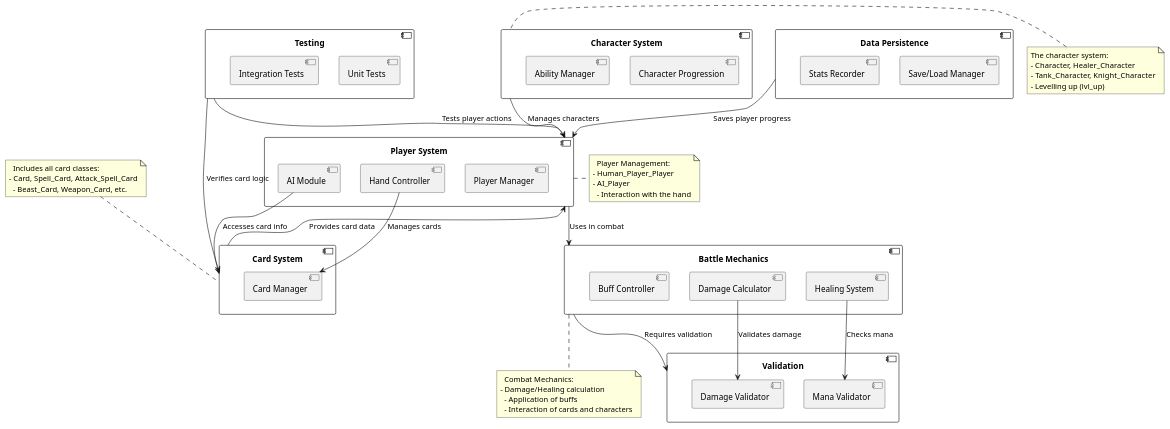
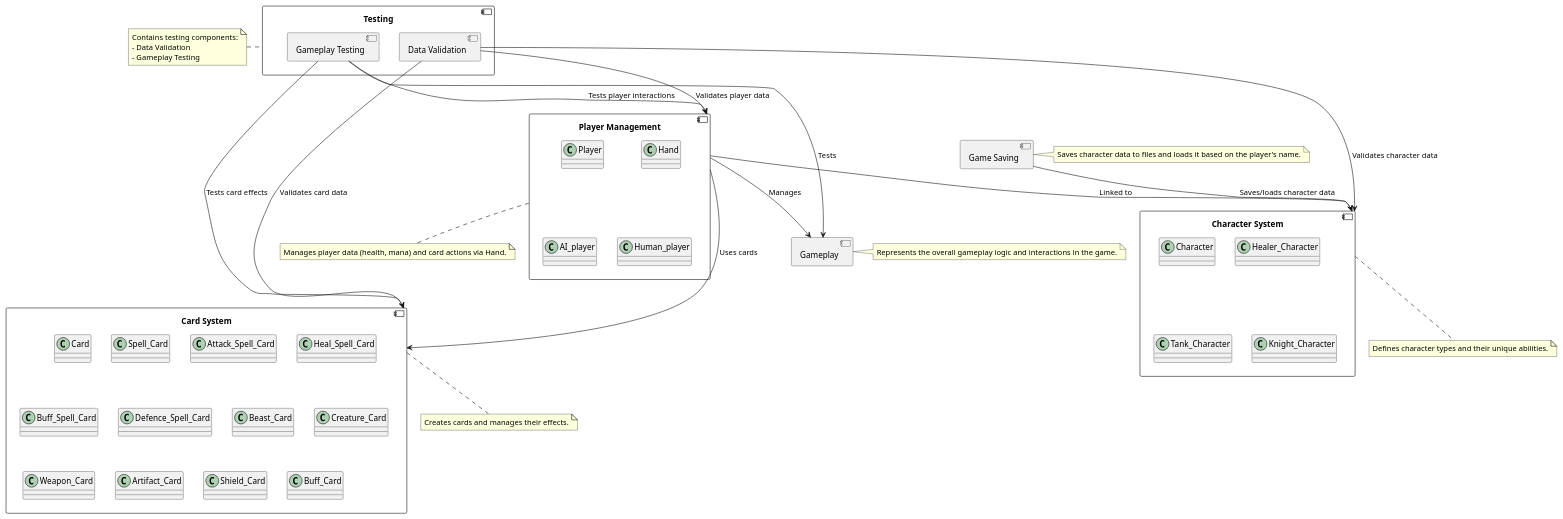
One commit to MNelubin/Lab-work-2 changed the diagram in architecture/Component_Diagram.puml. Above: the diagram before and after it, drawn with PlantUML. The commit also changed 676 other files, not shown here.

```diff
--- a/architecture/Component_Diagram.puml
+++ b/architecture/Component_Diagram.puml
@@ -1,90 +1,84 @@
 @startuml
+allowmixing
 
 
-'#############################################
-' Main components
-'#############################################
-
-component "Card System" as cards {
-    [Card Manager] as card_mgr
+' Define components
+component "Player Management" as PM {
+  class Player
+  class Hand
+  class AI_player
+  class Human_player
 }
 
-component "Player System" as players {
-    [Player Manager] as player_mgr
-    [AI Module] as ai_mod
-    [Hand Controller] as hand_ctrl
+component "Character System" as CS {
+  class Character
+  class Healer_Character
+  class Tank_Character
+  class Knight_Character
 }
 
-component "Character System" as chars {
-    [Character Progression] as char_prog
-    [Ability Manager] as ability_mgr
+component "Card System" as CardSys {
+  class Card
+  class Spell_Card
+  class Attack_Spell_Card
+  class Heal_Spell_Card
+  class Buff_Spell_Card
+  class Defence_Spell_Card
+  class Beast_Card
+  class Creature_Card
+  class Weapon_Card
+  class Artifact_Card
+  class Shield_Card
+  class Buff_Card
 }
 
-component "Battle Mechanics" as battle {
-    [Damage Calculator] as dmg_calc
-    [Healing System] as heal_sys
-    [Buff Controller] as buff_ctrl
+component "Testing" as Test {
+  component "Data Validation" as DataVal
+  component "Gameplay Testing" as GameplayTest
 }
 
-component "Validation" as valid {
-    [Mana Validator] as mana_val
-    [Damage Validator] as dmg_val
+component "Gameplay" as GP {
 }
 
-component "Data Persistence" as persist {
-    [Save/Load Manager] as save_mgr
-    [Stats Recorder] as stats_rec
+component "Game Saving" as Save {
 }
 
-component "Testing" as test {
-    [Unit Tests] as unit_tests
-    [Integration Tests] as int_tests
-}
+' Define relationships
+PM --> GP : Manages
+PM --> CardSys : Uses cards
+PM --> CS : Linked to
+DataVal --> PM : Validates player data
+DataVal --> CS : Validates character data
+DataVal --> CardSys : Validates card data
+GameplayTest --> GP : Tests
+GameplayTest --> PM : Tests player interactions
+GameplayTest --> CardSys : Tests card effects
+Save --> CS : Saves/loads character data
 
-'#############################################
-' Component links
-'#############################################
-
-cards --> players : Provides card data
-players --> battle : Uses in combat
-chars --> players : Manages characters
-battle --> valid : Requires validation
-test --> cards : Verifies card logic
-test --> players : Tests player actions
-persist --> players : Saves player progress
-ai_mod --> cards : Accesses card info
-hand_ctrl --> card_mgr : Manages cards
-dmg_calc --> dmg_val : Validates damage
-heal_sys --> mana_val : Checks mana
-
-'#############################################
-' Explanations
-'#############################################
-
-note top of cards
-  Includes all card classes:
-- Card, Spell_Card, Attack_Spell_Card
-  - Beast_Card, Weapon_Card, etc.
+' Add notes
+note bottom of PM
+Manages player data (health, mana) and card actions via Hand.
 end note
 
-note right of players
-  Player Management:
-- Human_Player_Player
-- AI_Player
-  - Interaction with the hand
+note bottom of CS
+Defines character types and their unique abilities.
 end note
 
-note left of chars
-  The character system:
-  - Character, Healer_Character
-  - Tank_Character, Knight_Character
-  - Levelling up (lvl_up)
+note bottom of CardSys
+Creates cards and manages their effects.
 end note
 
-note bottom of battle
-  Combat Mechanics:
-- Damage/Healing calculation
-  - Application of buffs
-  - Interaction of cards and characters
+note left of Test
+Contains testing components:
+- Data Validation
+- Gameplay Testing
+end note
+
+note right of GP
+Represents the overall gameplay logic and interactions in the game.
+end note
+
+note right of Save
+Saves character data to files and loads it based on the player's name.
 end note
 @enduml
```
